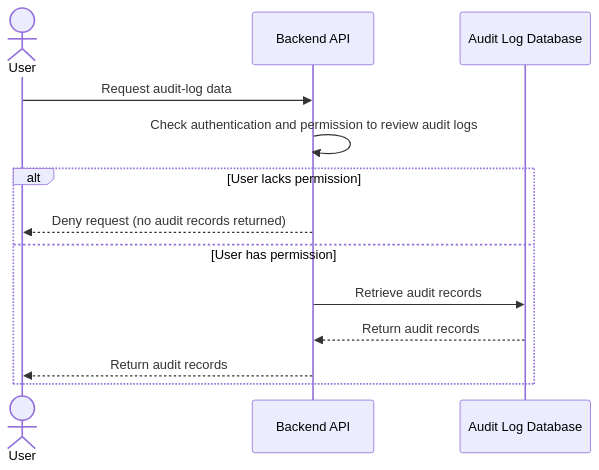
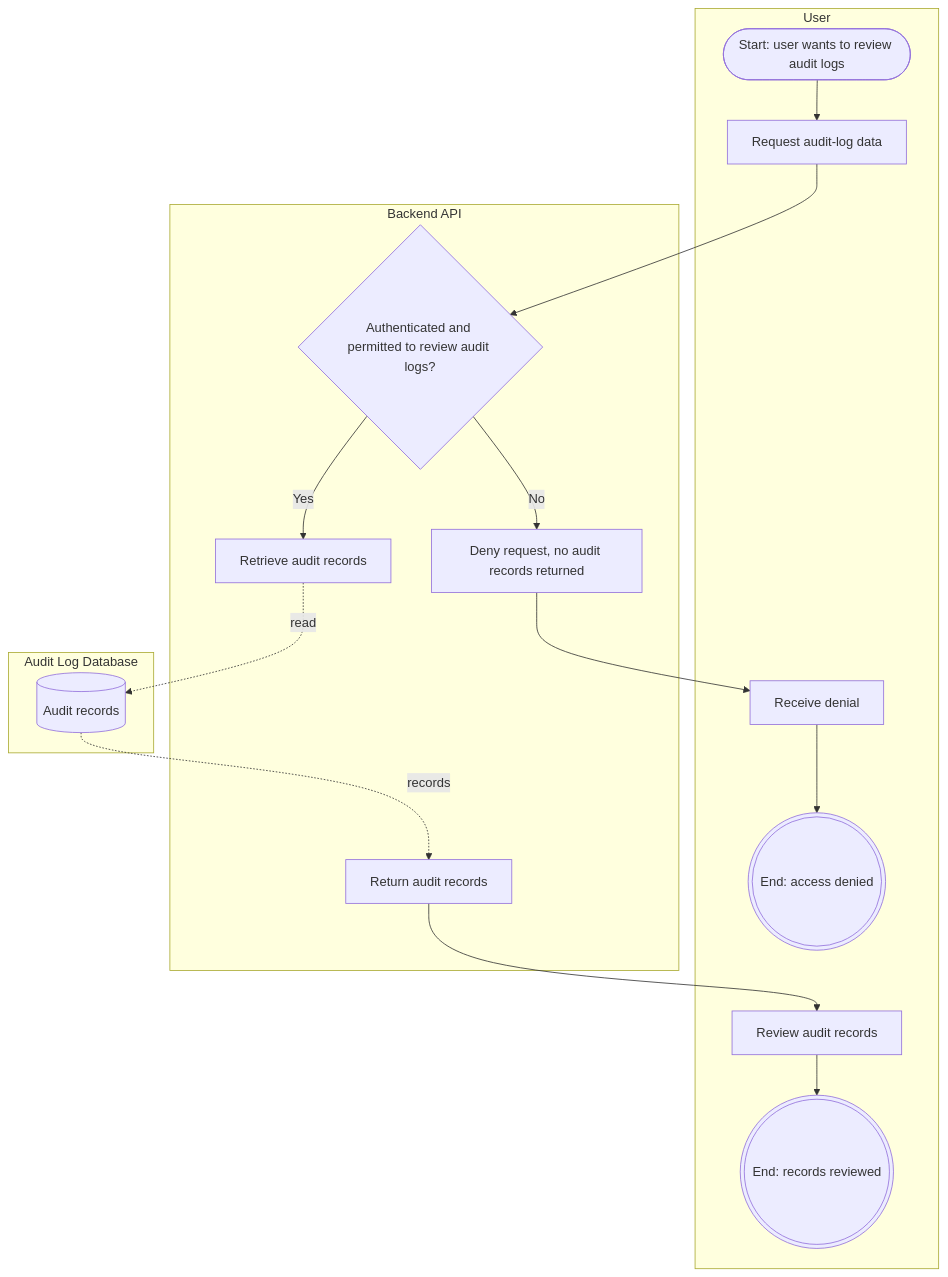
The second of 2 diagrams in docs/analysis/behavior/US-08-audit-logging.md (El-Dorado26/hive-honeypot-network), drawn with Mermaid before and after one commit. The commit also changed other lines of this file, not shown here.

First line of the commit message:
Revise audit logging documentation with new diagrams

````diff
--- a/docs/analysis/behavior/US-08-audit-logging.md
+++ b/docs/analysis/behavior/US-08-audit-logging.md
@@ -68,17 +81,29 @@
 ```mermaid
-sequenceDiagram
-    actor Reviewer as User
-    participant API as Backend API
-    participant DB as Audit Log Database
+flowchart TB
+    subgraph U["User"]
+        U1(["Start: user wants to review audit logs"])
+        U2["Request audit-log data"]
+        U3["Review audit records"]
+        U4["Receive denial"]
+        UE1((("End: records reviewed")))
+        UE2((("End: access denied")))
+    end
 
-    Reviewer->>API: Request audit-log data
-    API->>API: Check authentication and permission to review audit logs
+    subgraph B["Backend API"]
+        B1{"Authenticated and permitted to review audit logs?"}
+        B2["Deny request, no audit records returned"]
+        B3["Retrieve audit records"]
+        B4["Return audit records"]
+    end
 
-    alt User lacks permission
-        API-->>Reviewer: Deny request (no audit records returned)
-    else User has permission
-        API->>DB: Retrieve audit records
-        DB-->>API: Return audit records
-        API-->>Reviewer: Return audit records
+    subgraph D["Audit Log Database"]
+        D1[("Audit records")]
     end
+
+    U1 --> U2 --> B1
+    B1 -->|"No"| B2 --> U4 --> UE2
+    B1 -->|"Yes"| B3
+    B3 -.->|"read"| D1
+    D1 -.->|"records"| B4
+    B4 --> U3 --> UE1
 ```
````
